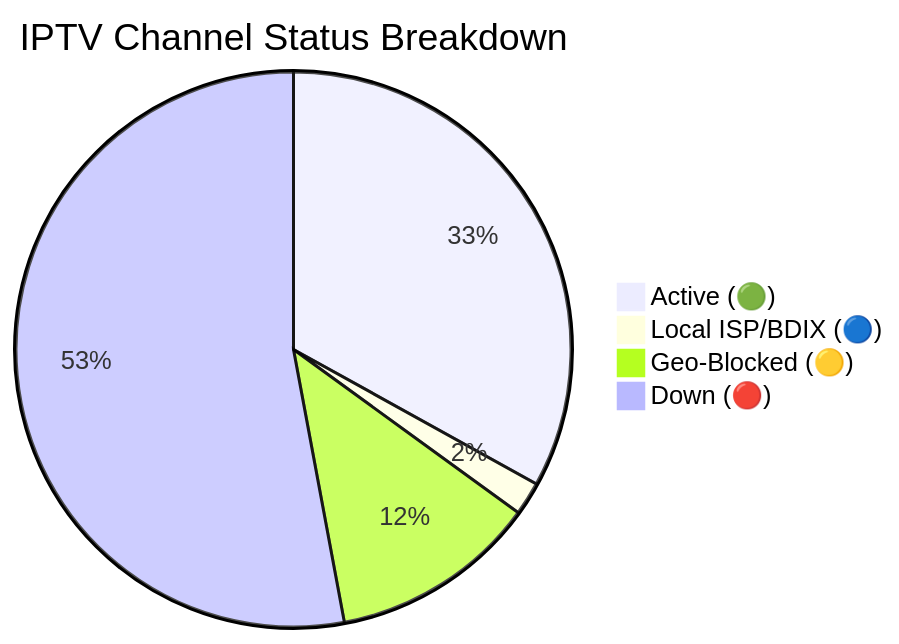
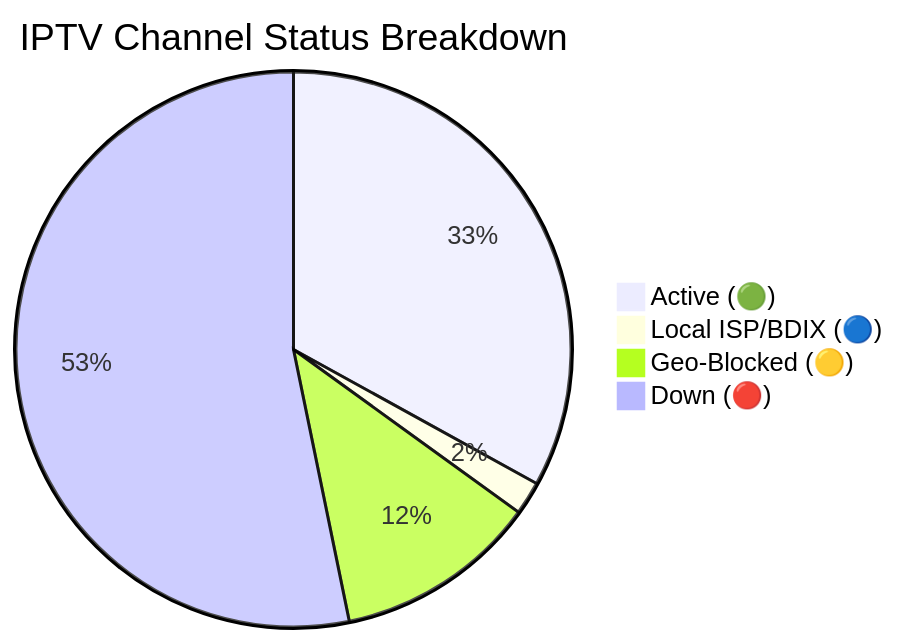
The diagram in README.md (andreataylord/Ip-tv-Collection), drawn with Mermaid before and after one commit. The commit also changed other lines of this file and 1 other file, not shown here.

Commit message:
docs(readme): auto-update daily channel status chart

````diff
--- a/README.md
+++ b/README.md
@@ -59,7 +59,7 @@
 ```mermaid
 pie title IPTV Channel Status Breakdown
-    "Active (🟢)" : 2174
+    "Active (🟢)" : 2172
     "Local ISP/BDIX (🔵)" : 128
-    "Geo-Blocked (🟡)" : 794
-    "Down (🔴)" : 3482
+    "Geo-Blocked (🟡)" : 777
+    "Down (🔴)" : 3501
 ```
````
